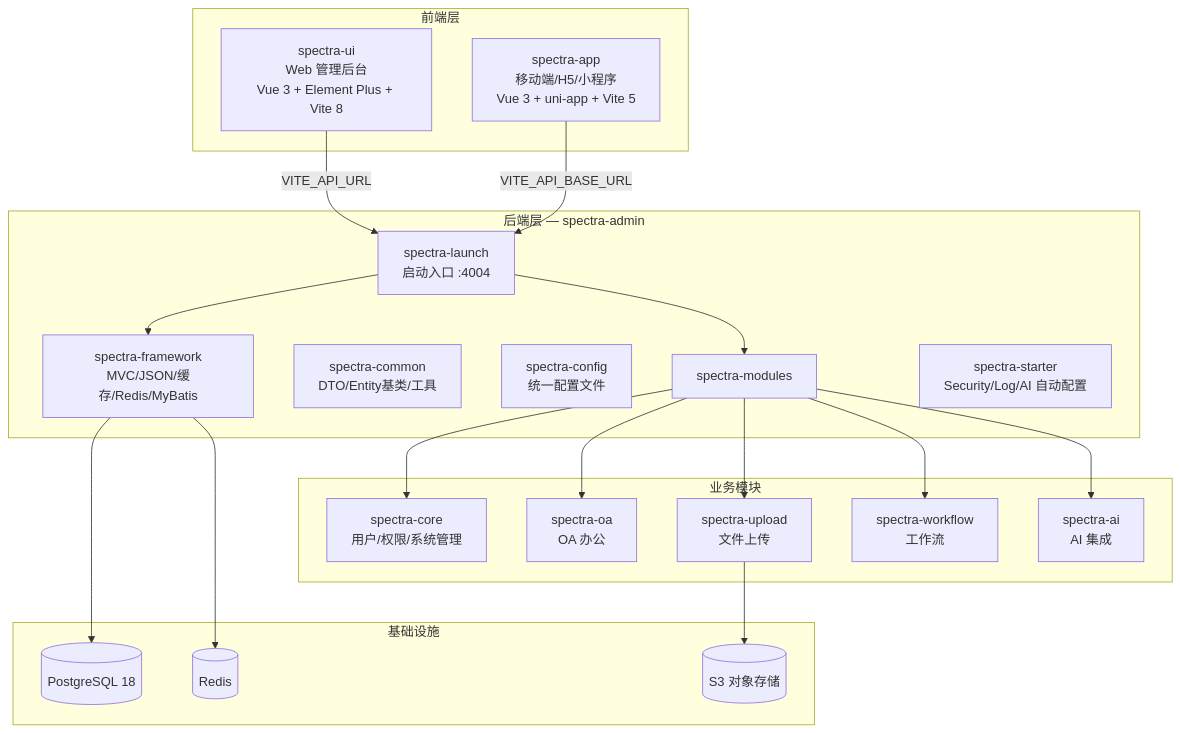
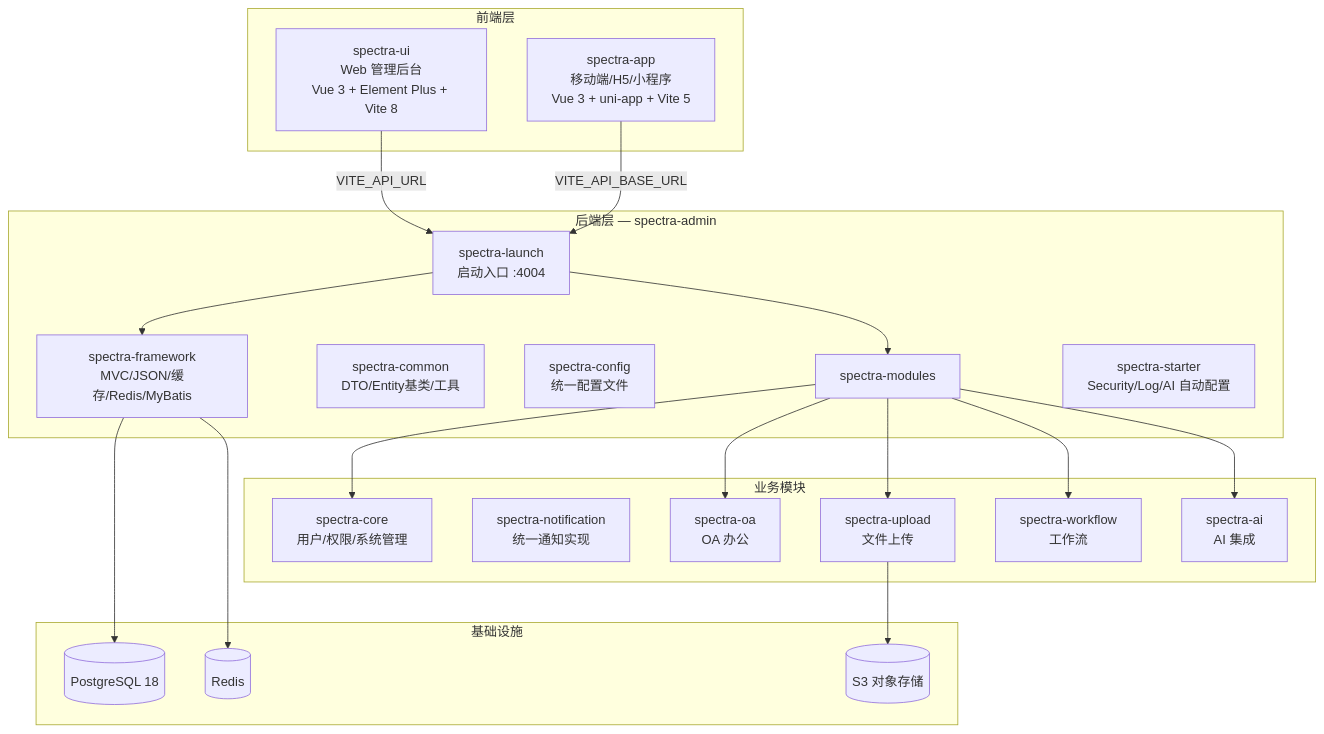
Before and after one commit to yangxj96/spectra-docs: the diagram in docs/00-项目总览.md, drawn with Mermaid. The commit also changed other lines of this file, not shown here.

Commit message:
docs(notification): 更新独立模块结构

````diff
--- a/docs/00-项目总览.md
+++ b/docs/00-项目总览.md
@@ -22,43 +22,44 @@
 ```mermaid
 graph TB
     subgraph "前端层"
         UI["spectra-ui<br/>Web 管理后台<br/>Vue 3 + Element Plus + Vite 8"]
         APP["spectra-app<br/>移动端/H5/小程序<br/>Vue 3 + uni-app + Vite 5"]
     end
 
     subgraph "后端层 — spectra-admin"
         LAUNCH["spectra-launch<br/>启动入口 :4004"]
         FW["spectra-framework<br/>MVC/JSON/缓存/Redis/MyBatis"]
         COMMON["spectra-common<br/>DTO/Entity基类/工具"]
         CONFIG["spectra-config<br/>统一配置文件"]
         MODULES["spectra-modules"]
         STARTER["spectra-starter<br/>Security/Log/AI 自动配置"]
     end
 
     subgraph "业务模块"
         CORE["spectra-core<br/>用户/权限/系统管理"]
+        NOTIFY["spectra-notification<br/>统一通知实现"]
         OA["spectra-oa<br/>OA 办公"]
         UPLOAD["spectra-upload<br/>文件上传"]
         WF["spectra-workflow<br/>工作流"]
         AI["spectra-ai<br/>AI 集成"]
     end
 
     subgraph "基础设施"
         PG[("PostgreSQL 18")]
         REDIS[("Redis")]
         S3[("S3 对象存储")]
     end
 
     UI -->|"VITE_API_URL"| LAUNCH
     APP -->|"VITE_API_BASE_URL"| LAUNCH
     LAUNCH --> FW
     LAUNCH --> MODULES
     MODULES --> CORE
     MODULES --> OA
     MODULES --> UPLOAD
     MODULES --> WF
     MODULES --> AI
     FW --> PG
     FW --> REDIS
     UPLOAD --> S3
 ```
````
